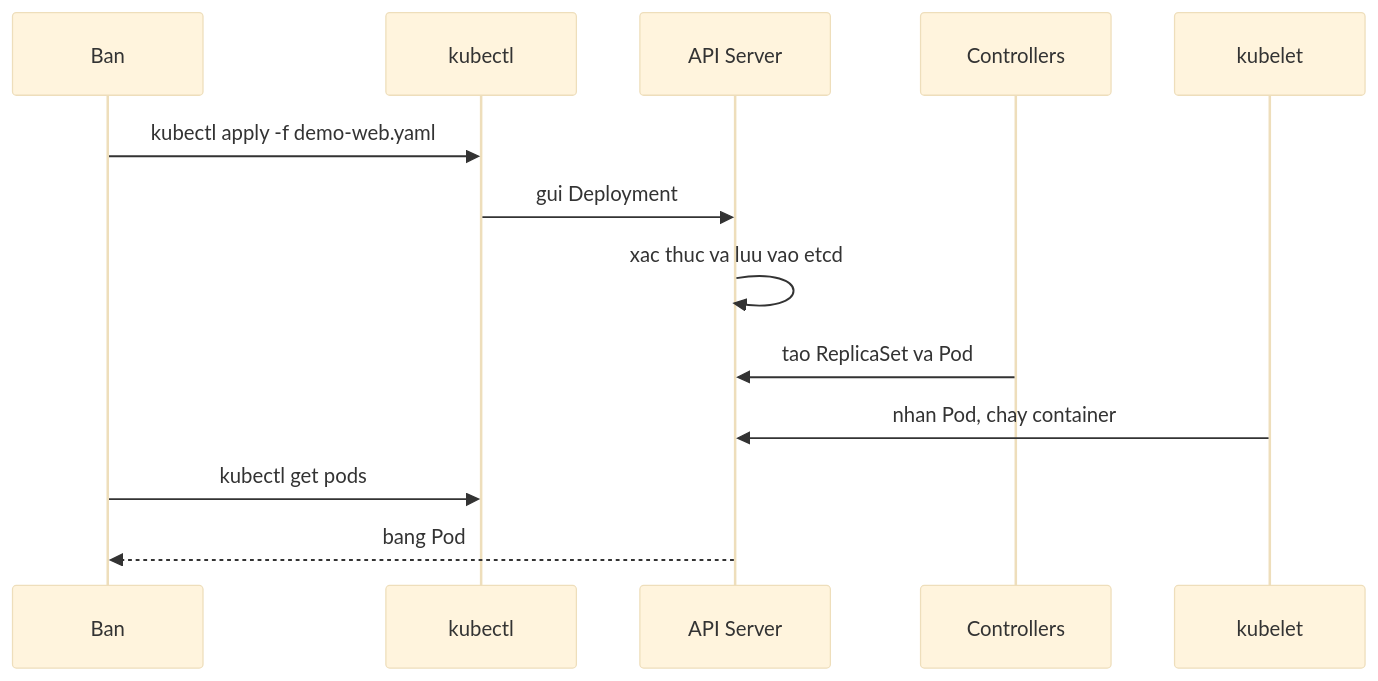
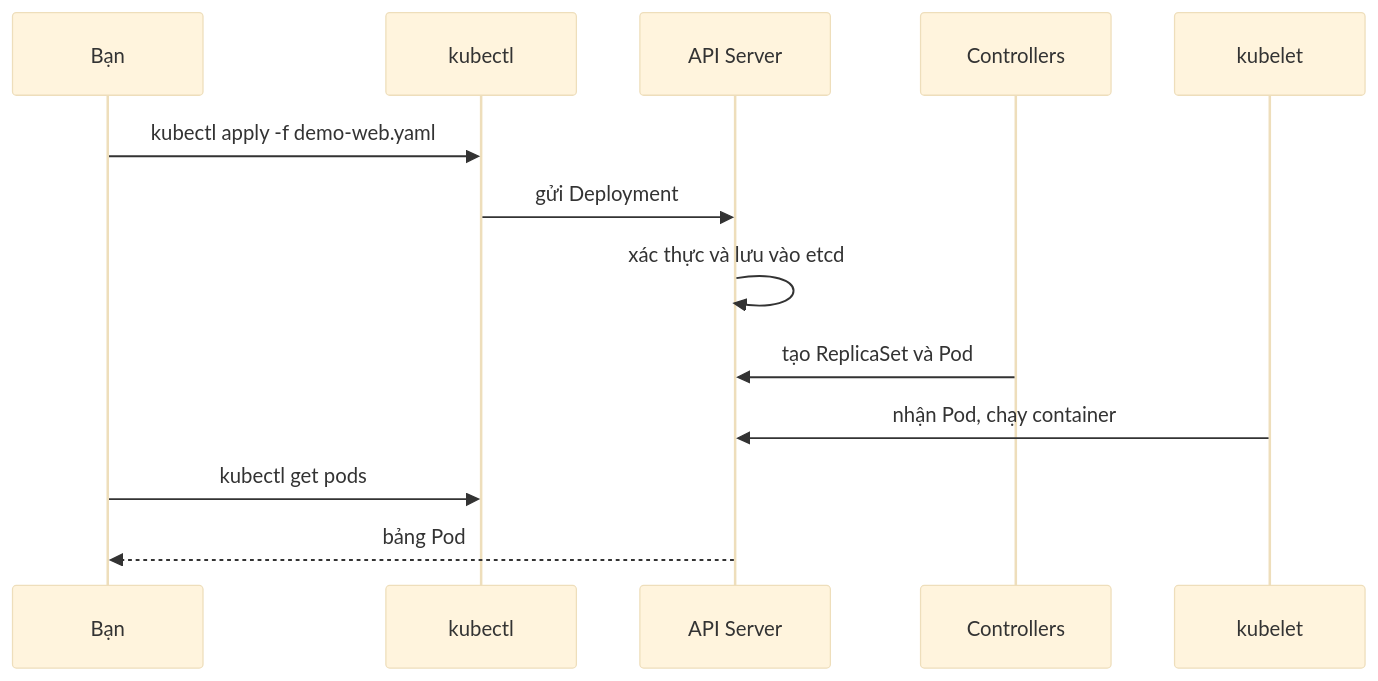
The second of 2 diagrams in slides/06-kubectl/session-23.md (TienNHM/devops-course), drawn with Mermaid (base theme) before and after one commit. The commit also changed other lines of this file and 266 other files, not shown here.

````diff
--- a/slides/06-kubectl/session-23.md
+++ b/slides/06-kubectl/session-23.md
@@ -94,15 +63,15 @@
 ```mermaid
 sequenceDiagram
-    participant U as Ban
+    participant U as Bạn
     participant K as kubectl
     participant A as API Server
     participant C as Controllers
     participant L as kubelet
     U->>K: kubectl apply -f demo-web.yaml
-    K->>A: gui Deployment
-    A->>A: xac thuc va luu vao etcd
-    C->>A: tao ReplicaSet va Pod
-    L->>A: nhan Pod, chay container
+    K->>A: gửi Deployment
+    A->>A: xác thực và lưu vào etcd
+    C->>A: tạo ReplicaSet và Pod
+    L->>A: nhận Pod, chạy container
     U->>K: kubectl get pods
-    A-->>U: bang Pod
+    A-->>U: bảng Pod
 ```
````
